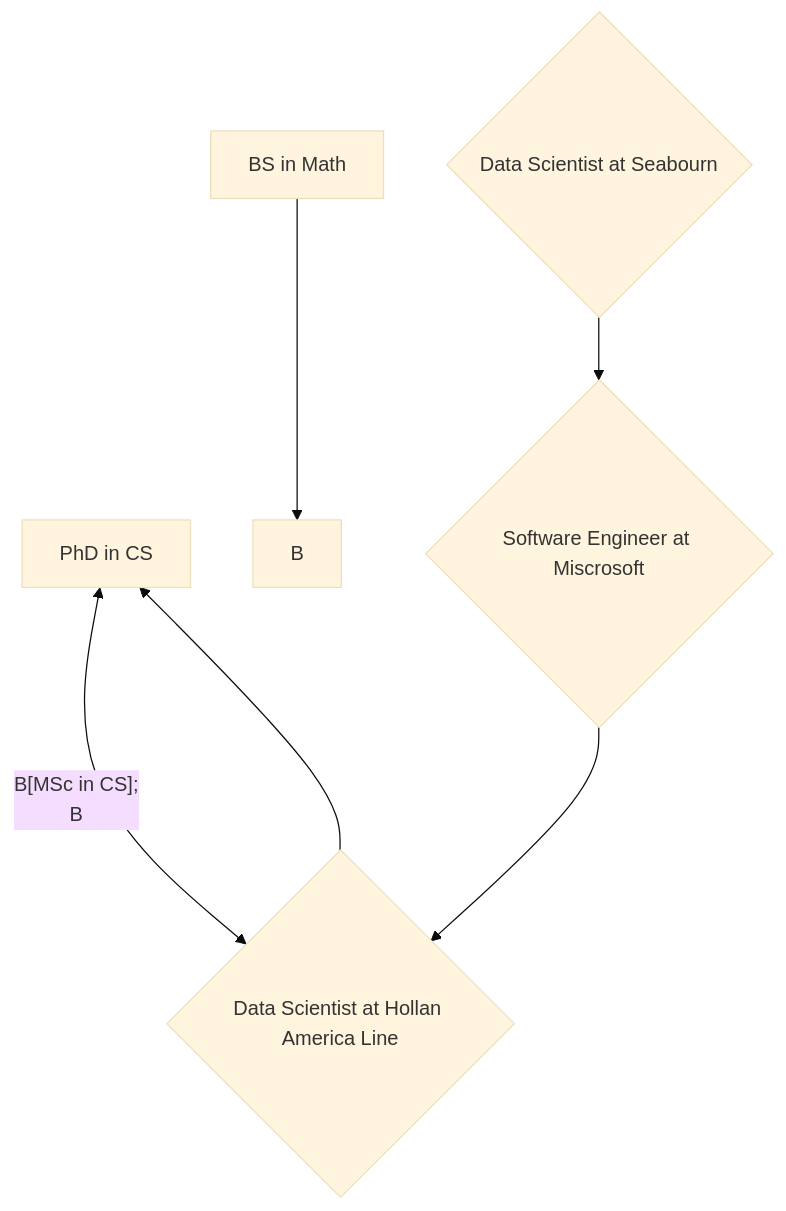
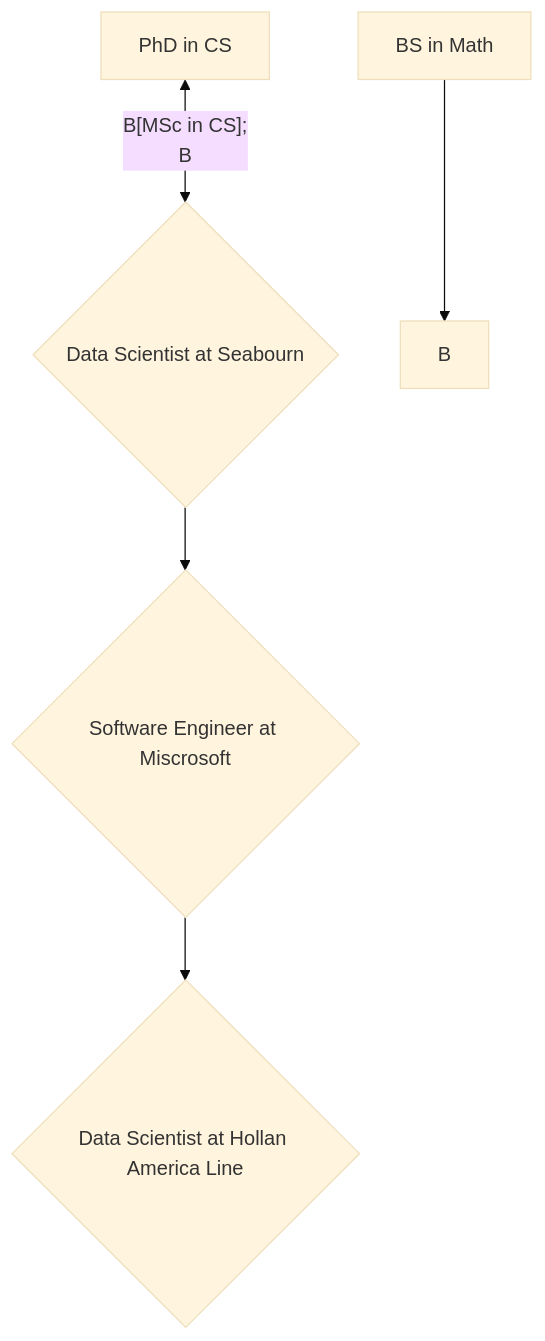
The diagram in README.md (LeyliG/LeyliG), drawn with Mermaid (base theme) before and after one commit.

````diff
--- a/README.md
+++ b/README.md
@@ -31,10 +31,8 @@
 ```mermaid
   flowchart TB
       A[PhD in CS] <-- B[MSc  in CS];
-      B --> D{Data Scientist at Hollan America Line};
+      B --> D{Data Scientist at Seabourn};
       C[BS in Math] --> B; 
-      E{Software Engineer at Miscrosoft} --> D ;
-      F{Data Scientist at Seabourn} --> E;                  
-      D --> A;
-          
+      D --> E{Software Engineer at Miscrosoft};
+      E --> F{Data Scientist at Hollan America Line}
 ```
````
